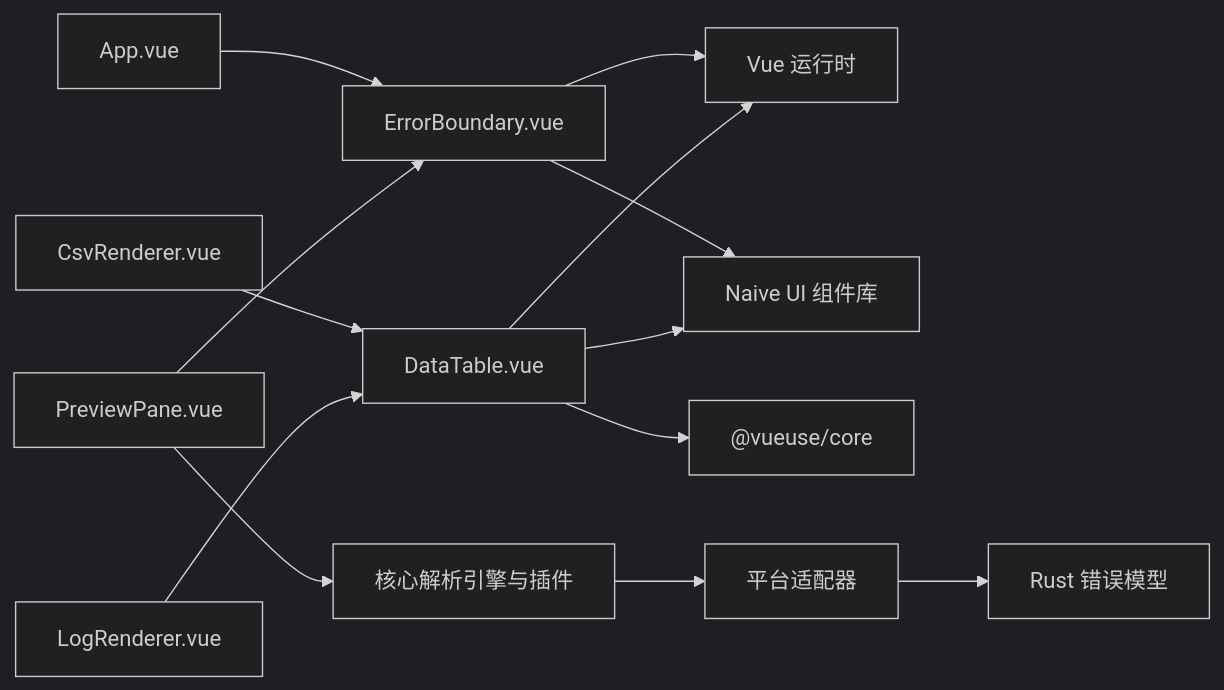
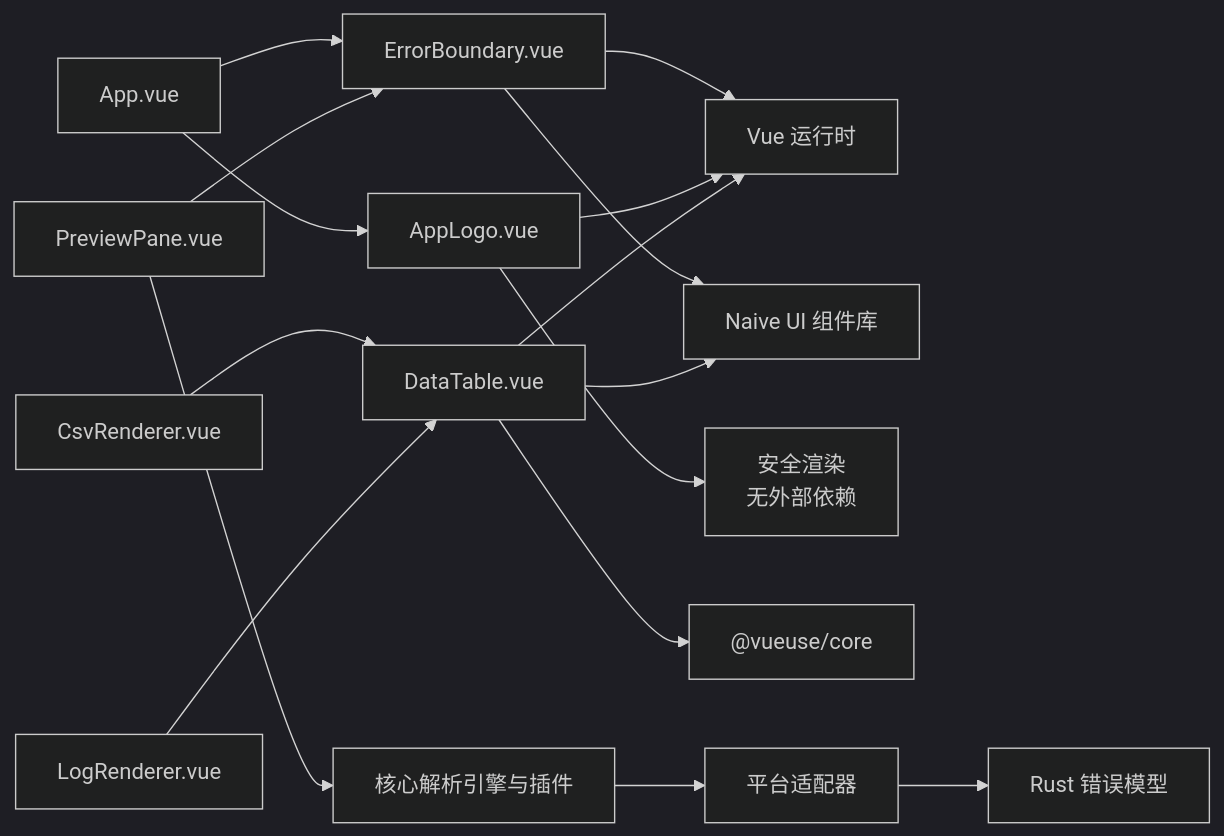
One commit to taoweidong/Hello-Tauri changed the seventh of 7 diagrams in .qoder/repowiki/zh/content/架构设计/组件层次结构/共享组件.md. Above: the diagram before and after it, drawn with Mermaid (dark theme). The commit also changed other lines of this file and 32 other files, not shown here.

````diff
--- a/.qoder/repowiki/zh/content/架构设计/组件层次结构/共享组件.md
+++ b/.qoder/repowiki/zh/content/架构设计/组件层次结构/共享组件.md
@@ -331,15 +425,18 @@
 ```mermaid
 graph LR
 EB["ErrorBoundary.vue"] --> VUE["Vue 运行时"]
 EB --> NUI["Naive UI 组件库"]
+AL["AppLogo.vue"] --> VUE
+AL --> SEC["安全渲染<br/>无外部依赖"]
 DT["DataTable.vue"] --> VUE
 DT --> NUI
 DT --> VUSE["@vueuse/core"]
 APP["App.vue"] --> EB
+APP --> AL
 PREVIEW["PreviewPane.vue"] --> EB
 CR["CsvRenderer.vue"] --> DT
 LR["LogRenderer.vue"] --> DT
 PREVIEW --> CORE["核心解析引擎与插件"]
 CORE --> ADAPTER["平台适配器"]
 ADAPTER --> RUSTERR["Rust 错误模型"]
 ```
````
